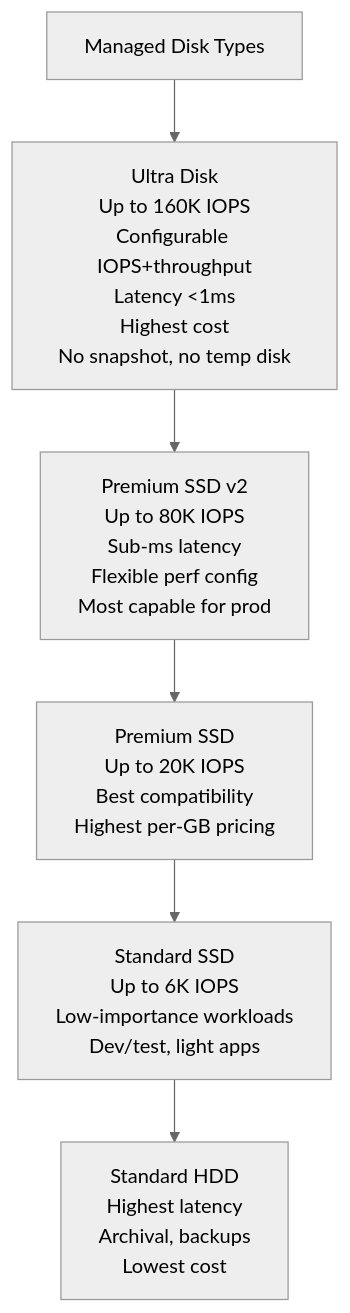
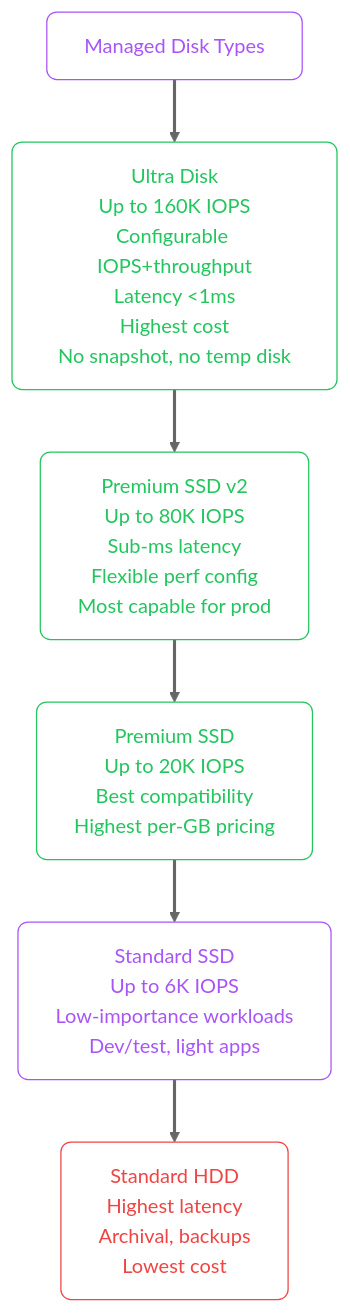
One commit to zafarale/cloudification changed the fourth of 6 diagrams in src/content/cloud/azure/02-intro-vms.mdx. Above: the diagram before and after it, drawn with Mermaid (neutral theme). The commit also changed other lines of this file and 84 other files, not shown here.

````diff
--- a/src/content/cloud/azure/02-intro-vms.mdx
+++ b/src/content/cloud/azure/02-intro-vms.mdx
@@ -158,12 +180,19 @@
 ```mermaid
 flowchart TD
-    DISK["Managed Disk Types"]
+    accTitle: Managed Disks
+    accDescr: Flowchart (td) showing Managed Disk Types, Ultra Disk Up to 160K IOPS Configurable IOPSthroughput Latency Highest cost No snapshot, no temp disk, Premium SSD v2 Up to 80K IOPS Sub-ms latency Flexible perf config Most capable for prod
+    classDef step fill:none,stroke:#a855f7,color:#a855f7,rx:8,ry:8
+    classDef ok   fill:none,stroke:#22c55e,color:#22c55e,rx:8,ry:8
+    classDef fail fill:none,stroke:#ef4444,color:#ef4444,rx:8,ry:8
+    linkStyle default stroke-width:2.5px
 
-    ULTRA["Ultra Disk\nUp to 160K IOPS\nConfigurable IOPS+throughput\nLatency <1ms\nHighest cost\nNo snapshot, no temp disk"]
-    PREMIUM["Premium SSD v2\nUp to 80K IOPS\nSub-ms latency\nFlexible perf config\nMost capable for prod"]
-    PREMIUM_V1["Premium SSD\nUp to 20K IOPS\nBest compatibility\nHighest per-GB pricing"]
-    STANDARD_SSD["Standard SSD\nUp to 6K IOPS\nLow-importance workloads\nDev/test, light apps"]
-    STANDARD_HDD["Standard HDD\nHighest latency\nArchival, backups\nLowest cost"]
+    DISK["Managed Disk Types"]:::step
+
+    ULTRA["Ultra Disk<br/>Up to 160K IOPS<br/>Configurable IOPS+throughput<br/>Latency <1ms<br/>Highest cost<br/>No snapshot, no temp disk"]:::ok
+    PREMIUM["Premium SSD v2<br/>Up to 80K IOPS<br/>Sub-ms latency<br/>Flexible perf config<br/>Most capable for prod"]:::ok
+    PREMIUM_V1["Premium SSD<br/>Up to 20K IOPS<br/>Best compatibility<br/>Highest per-GB pricing"]:::ok
+    STANDARD_SSD["Standard SSD<br/>Up to 6K IOPS<br/>Low-importance workloads<br/>Dev/test, light apps"]:::step
+    STANDARD_HDD["Standard HDD<br/>Highest latency<br/>Archival, backups<br/>Lowest cost"]:::fail
 
     DISK --> ULTRA --> PREMIUM --> PREMIUM_V1 --> STANDARD_SSD --> STANDARD_HDD
 ```
````
